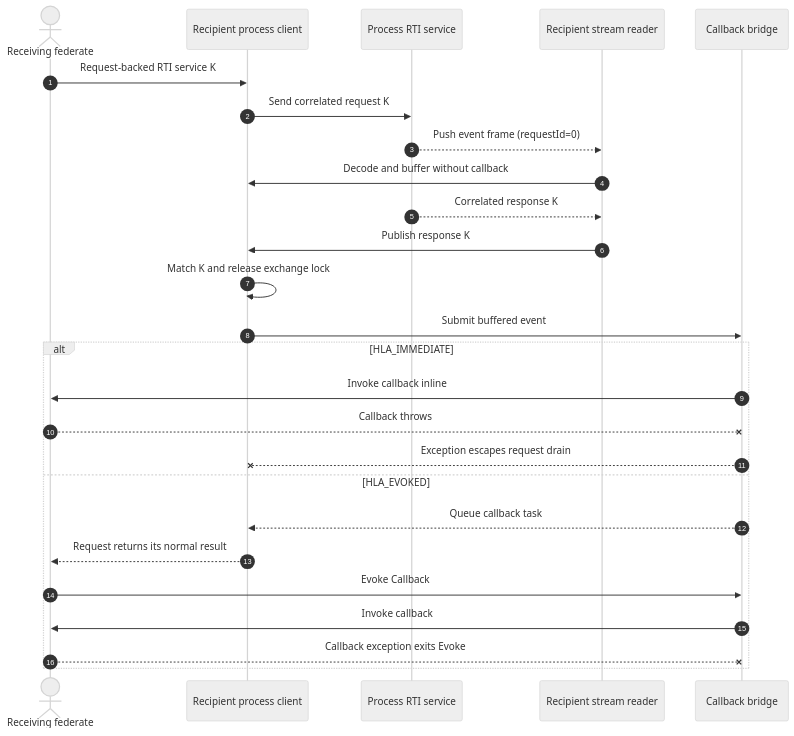
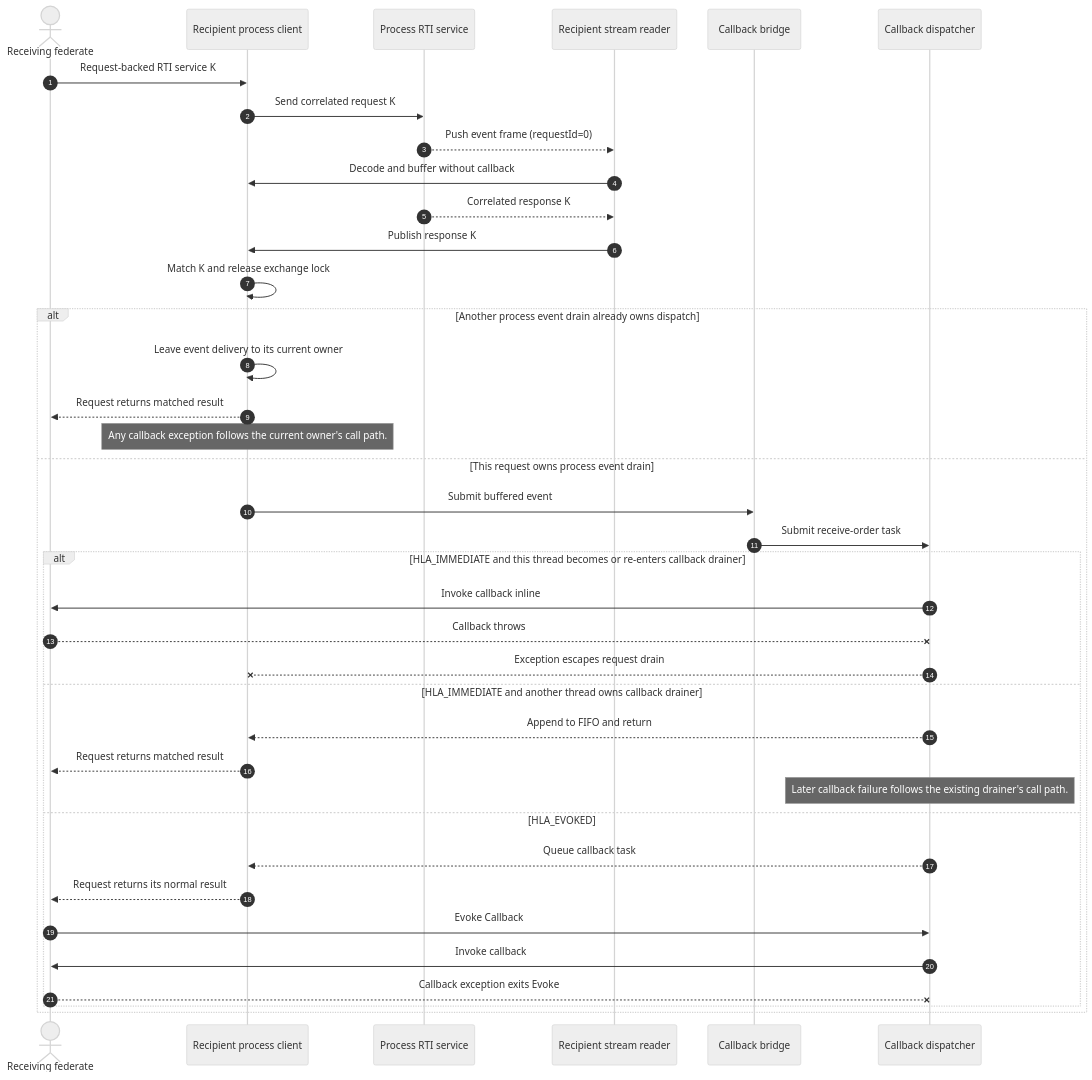
Diagram 15 of 26 in docs/design/HLA-2025-CALLBACK-AND-SERVICE-ORDERING-FLOW-GUIDE.md (sheepfling/umbra), drawn with Mermaid (neutral theme) before and after one commit. The commit also changed other lines of this file and 36 other files, not shown here.

````diff
--- a/docs/design/HLA-2025-CALLBACK-AND-SERVICE-ORDERING-FLOW-GUIDE.md
+++ b/docs/design/HLA-2025-CALLBACK-AND-SERVICE-ORDERING-FLOW-GUIDE.md
@@ -929,29 +1081,41 @@
 ```mermaid
 sequenceDiagram
   autonumber
   actor F as Receiving federate
   participant C as Recipient process client
   participant S as Process RTI service
   participant R as Recipient stream reader
   participant B as Callback bridge
+  participant D as Callback dispatcher
 
   F->>C: Request-backed RTI service K
   C->>S: Send correlated request K
   S-->>R: Push event frame (requestId=0)
   R->>C: Decode and buffer without callback
   S-->>R: Correlated response K
   R->>C: Publish response K
   C->>C: Match K and release exchange lock
-  C->>B: Submit buffered event
-  alt HLA_IMMEDIATE
-    B->>F: Invoke callback inline
-    F--xB: Callback throws
-    B--xC: Exception escapes request drain
-  else HLA_EVOKED
-    B-->>C: Queue callback task
-    C-->>F: Request returns its normal result
-    F->>B: Evoke Callback
-    B->>F: Invoke callback
-    F--xB: Callback exception exits Evoke
+  alt Another process event drain already owns dispatch
+    C->>C: Leave event delivery to its current owner
+    C-->>F: Request returns matched result
+    Note over C: Any callback exception follows the current owner's call path.
+  else This request owns process event drain
+    C->>B: Submit buffered event
+    B->>D: Submit receive-order task
+    alt HLA_IMMEDIATE and this thread becomes or re-enters callback drainer
+      D->>F: Invoke callback inline
+      F--xD: Callback throws
+      D--xC: Exception escapes request drain
+    else HLA_IMMEDIATE and another thread owns callback drainer
+      D-->>C: Append to FIFO and return
+      C-->>F: Request returns matched result
+      Note over D: Later callback failure follows the existing drainer's call path.
+    else HLA_EVOKED
+      D-->>C: Queue callback task
+      C-->>F: Request returns its normal result
+      F->>D: Evoke Callback
+      D->>F: Invoke callback
+      F--xD: Callback exception exits Evoke
+    end
   end
 ```
````
